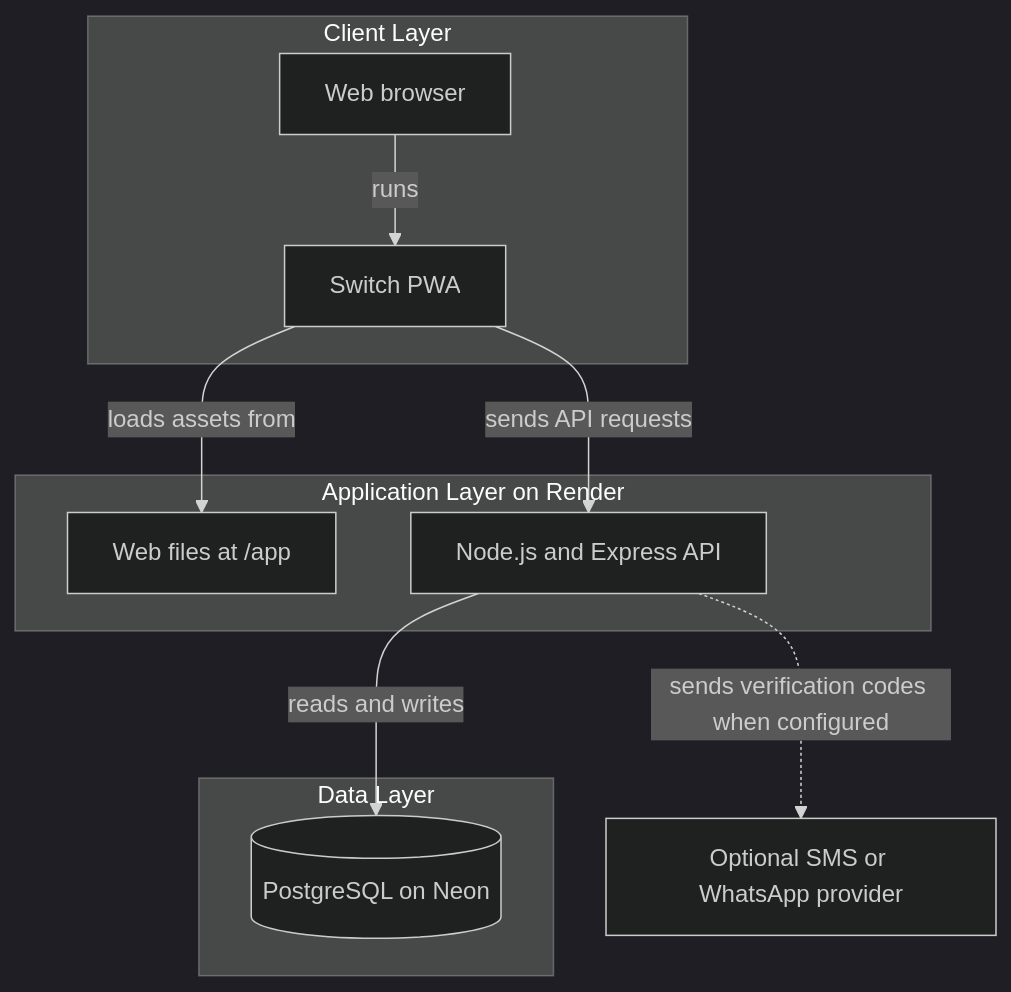
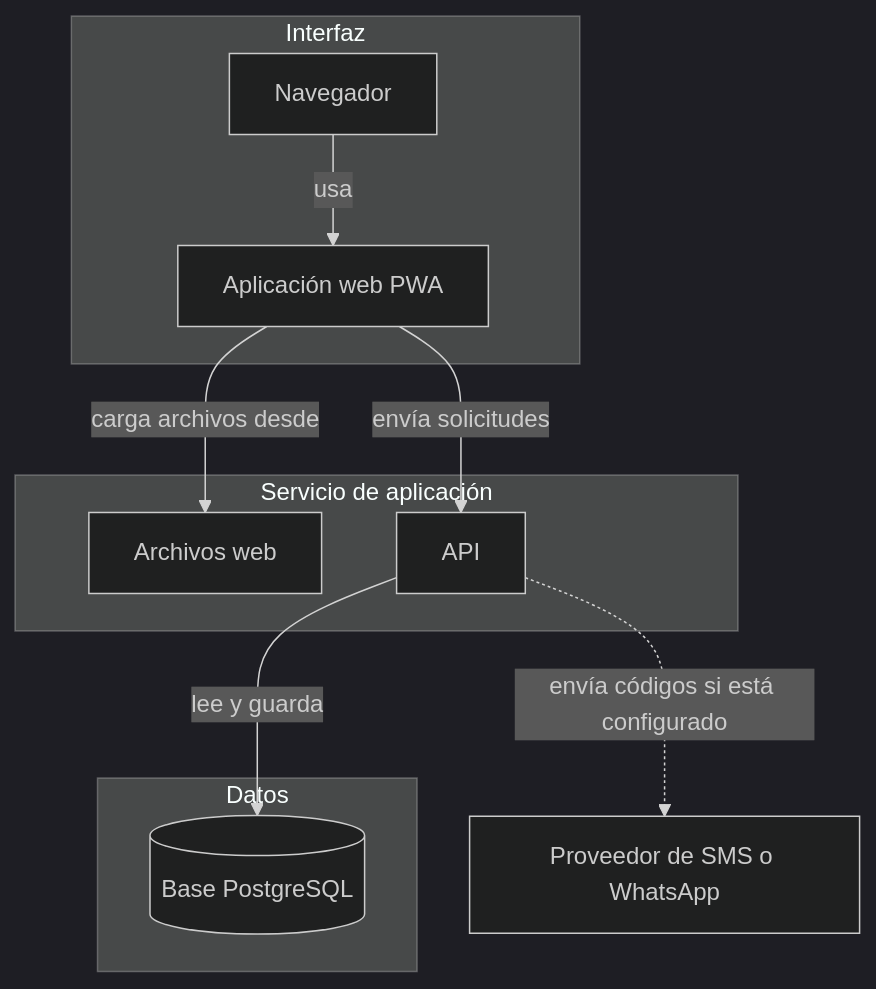
One commit to GVal24/switchWeb changed the first of 2 diagrams in .github/modernize/assessment/engines/facts/architecture-diagram.md. Above: the diagram before and after it, drawn with Mermaid (dark theme). The commit also changed other lines of this file and 2 other files, not shown here.

````diff
--- a/.github/modernize/assessment/engines/facts/architecture-diagram.md
+++ b/.github/modernize/assessment/engines/facts/architecture-diagram.md
@@ -8,21 +8,21 @@
 ```mermaid
 flowchart TD
-    subgraph ClientLayer["Client Layer"]
-        Browser["Web browser"]
-        Pwa["Switch PWA"]
+    subgraph ClientLayer["Interfaz"]
+        Browser["Navegador"]
+        Pwa["Aplicación web PWA"]
     end
-    subgraph RenderLayer["Application Layer on Render"]
-        Static["Web files at /app"]
-        Api["Node.js and Express API"]
+    subgraph RenderLayer["Servicio de aplicación"]
+        Static["Archivos web"]
+        Api["API"]
     end
-    subgraph DataLayer["Data Layer"]
-        NeonDb[("PostgreSQL on Neon")]
+    subgraph DataLayer["Datos"]
+        NeonDb[("Base PostgreSQL")]
     end
-    OtpProvider["Optional SMS or WhatsApp provider"]
+    OtpProvider["Proveedor de SMS o WhatsApp"]
 
-    Browser -->|"runs"| Pwa
-    Pwa -->|"loads assets from"| Static
-    Pwa -->|"sends API requests"| Api
-    Api -->|"reads and writes"| NeonDb
-    Api -.->|"sends verification codes when configured"| OtpProvider
+    Browser -->|"usa"| Pwa
+    Pwa -->|"carga archivos desde"| Static
+    Pwa -->|"envía solicitudes"| Api
+    Api -->|"lee y guarda"| NeonDb
+    Api -.->|"envía códigos si está configurado"| OtpProvider
 ```
````
